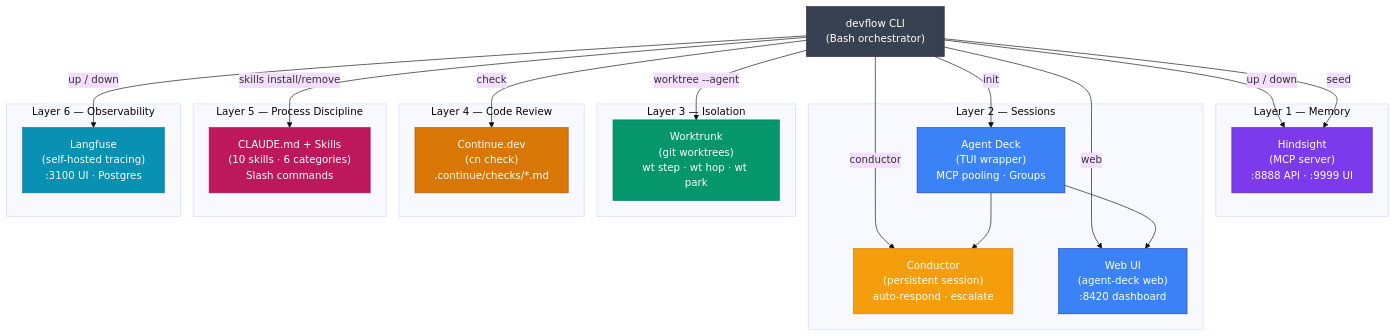
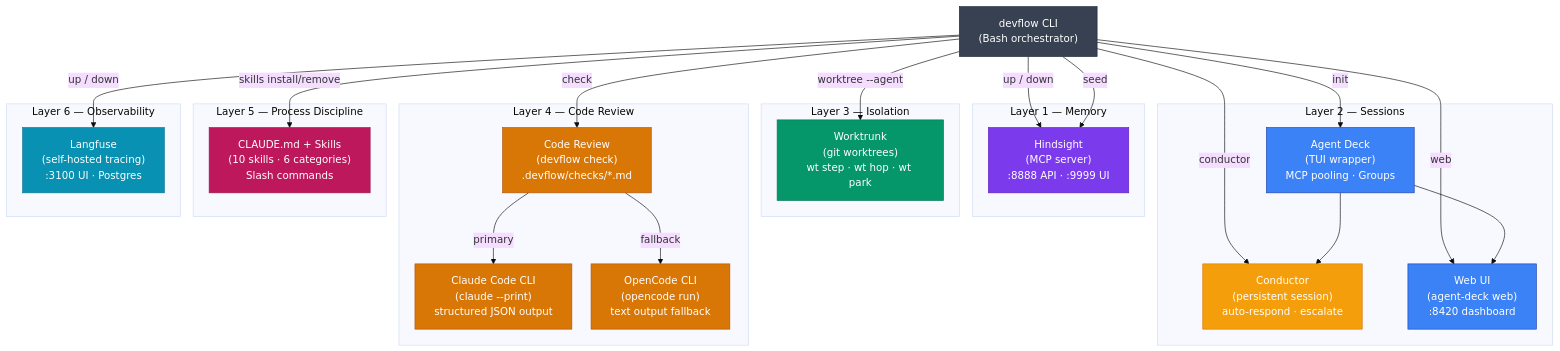
The first of 3 diagrams in visualizations/architecture/devflow-ecosystem.md (AndreJorgeLopes/devflow), drawn with Mermaid (base theme) before and after one commit. The commit also changed other lines of this file, not shown here.

Commit message:
refactor(visualizations): update devflow-ecosystem — Layer 4 now shows multi-CLI code review architecture

````diff
--- a/visualizations/architecture/devflow-ecosystem.md
+++ b/visualizations/architecture/devflow-ecosystem.md
@@ -27,62 +27,66 @@
 ```mermaid
 %%{init: {'flowchart': {'rankSpacing': 50, 'nodeSpacing': 30, 'diagramPadding': 15}}}%%
 graph TD
     CLI["devflow CLI<br/>(Bash orchestrator)"]
 
     subgraph L1 [" Layer 1 — Memory "]
         HS["Hindsight<br/>(MCP server)<br/>:8888 API · :9999 UI"]
     end
 
     subgraph L2 [" Layer 2 — Sessions "]
         AD["Agent Deck<br/>(TUI wrapper)<br/>MCP pooling · Groups"]
         COND["Conductor<br/>(persistent session)<br/>auto-respond · escalate"]
         WEB["Web UI<br/>(agent-deck web)<br/>:8420 dashboard"]
     end
 
     subgraph L3 [" Layer 3 — Isolation "]
         WT["Worktrunk<br/>(git worktrees)<br/>wt step · wt hop · wt park"]
     end
 
     subgraph L4 [" Layer 4 — Code Review "]
-        CN["Continue.dev<br/>(cn check)<br/>.continue/checks/*.md"]
+        CR["Code Review<br/>(devflow check)<br/>.devflow/checks/*.md"]
+        CR_CLAUDE["Claude Code CLI<br/>(claude --print)<br/>structured JSON output"]
+        CR_OPENCODE["OpenCode CLI<br/>(opencode run)<br/>text output fallback"]
+        CR -->|"primary"| CR_CLAUDE
+        CR -->|"fallback"| CR_OPENCODE
     end
 
     subgraph L5 [" Layer 5 — Process Discipline "]
         SK["CLAUDE.md + Skills<br/>(10 skills · 6 categories)<br/>Slash commands"]
     end
 
     subgraph L6 [" Layer 6 — Observability "]
         LF["Langfuse<br/>(self-hosted tracing)<br/>:3100 UI · Postgres"]
     end
 
     CLI -->|"up / down"| HS
     CLI -->|"up / down"| LF
     CLI -->|"worktree --agent"| WT
-    CLI -->|"check"| CN
+    CLI -->|"check"| CR
     CLI -->|"skills install/remove"| SK
     CLI -->|"seed"| HS
     CLI -->|"init"| AD
     CLI -->|"conductor"| COND
     CLI -->|"web"| WEB
     AD --> COND
     AD --> WEB
 
     classDef hindsightStyle fill:#7c3aed,color:#fff,stroke:#5b21b6
     classDef agentDeckStyle fill:#3b82f6,color:#fff,stroke:#1e40af
     classDef worktrunkStyle fill:#059669,color:#fff,stroke:#047857
-    classDef continueStyle fill:#d97706,color:#fff,stroke:#b45309
+    classDef reviewStyle fill:#d97706,color:#fff,stroke:#b45309
     classDef skillsStyle fill:#be185d,color:#fff,stroke:#9d174d
     classDef langfuseStyle fill:#0891b2,color:#fff,stroke:#0e7490
     classDef cliStyle fill:#374151,color:#fff,stroke:#1f2937
     classDef conductorStyle fill:#f59e0b,color:#fff,stroke:#d97706
 
     class HS hindsightStyle
     class AD agentDeckStyle
     class WT worktrunkStyle
-    class CN continueStyle
+    class CR,CR_CLAUDE,CR_OPENCODE reviewStyle
     class SK skillsStyle
     class LF langfuseStyle
     class CLI cliStyle
     class COND conductorStyle
     class WEB agentDeckStyle
 ```
````
